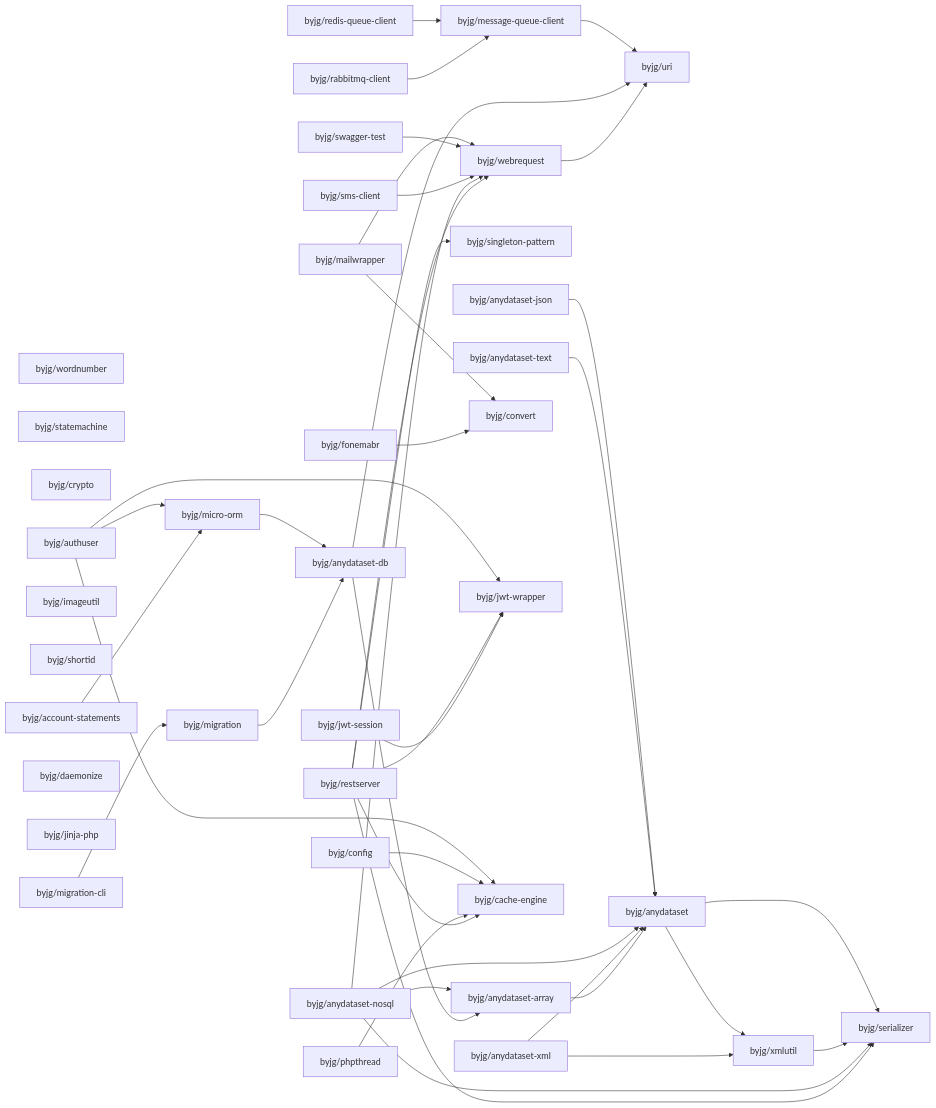
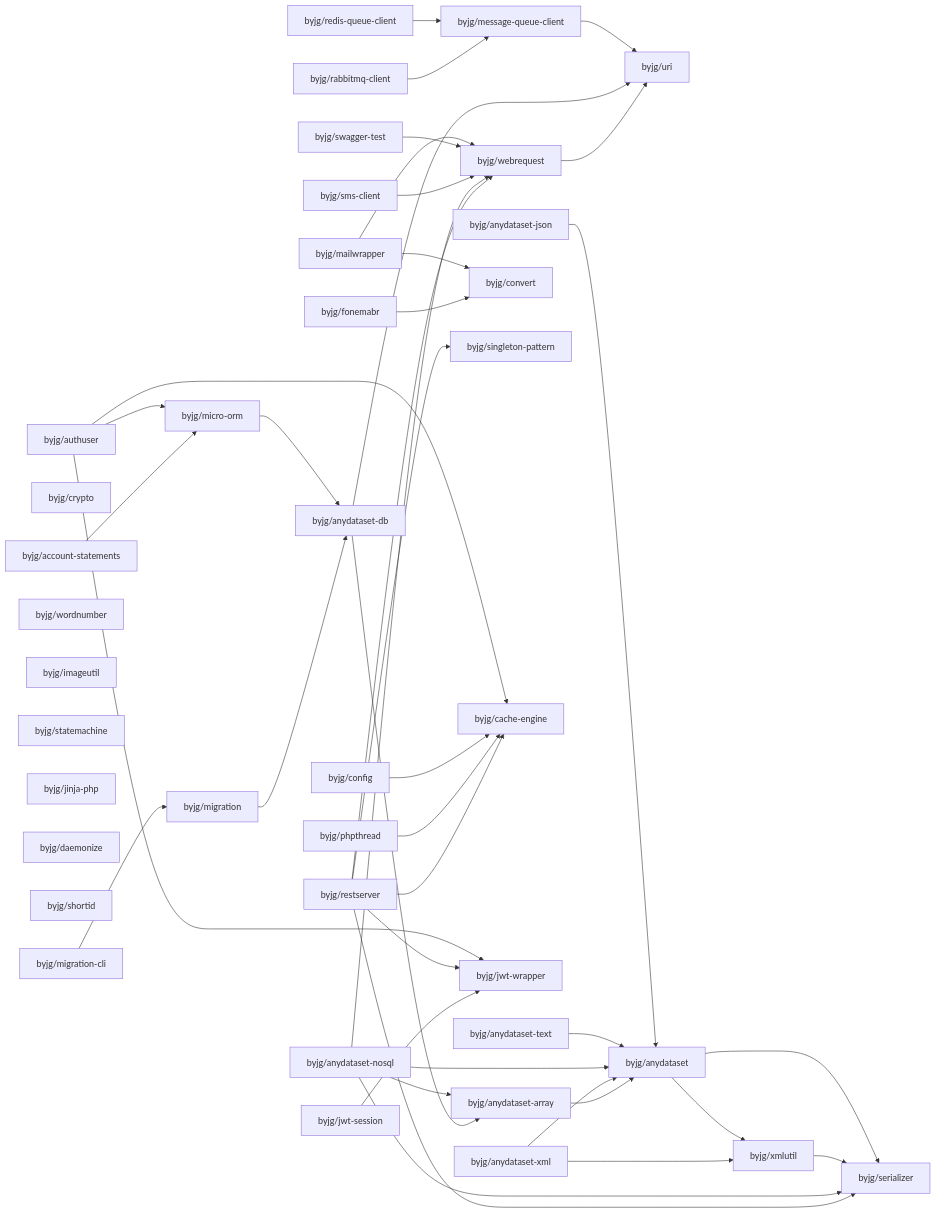
One commit to byjg/byjg.github.io changed the diagram in docs/php/README.md. Above: the diagram before and after it, drawn with Mermaid. The commit also changed other lines of this file and 1 other file, not shown here.

Commit message:
Update documentation 'php' 'php-webrequest'

````diff
--- a/docs/php/README.md
+++ b/docs/php/README.md
@@ -3,79 +3,79 @@
 ```mermaid
 graph LR;
-  byjg/anydataset-json;
-  byjg/jwt-session;
+  byjg/authuser;
+  byjg/crypto;
+  byjg/migration-cli;
   byjg/rabbitmq-client;
   byjg/wordnumber;
+  byjg/phpthread;
+  byjg/redis-queue-client;
+  byjg/anydataset-text;
   byjg/mailwrapper;
+  byjg/imageutil;
+  byjg/config;
+  byjg/sms-client;
+  byjg/fonemabr;
   byjg/statemachine;
-  byjg/crypto;
+  byjg/jinja-php;
+  byjg/daemonize;
+  byjg/shortid;
+  byjg/account-statements;
+  byjg/jwt-session;
+  byjg/anydataset-xml;
+  byjg/anydataset-json;
+  byjg/swagger-test;
   byjg/restserver;
-  byjg/anydataset-text;
-  byjg/anydataset-xml;
-  byjg/swagger-test;
-  byjg/account-statements;
-  byjg/phpthread;
-  byjg/sms-client;
-  byjg/redis-queue-client;
   byjg/anydataset-nosql;
-  byjg/fonemabr;
-  byjg/imageutil;
-  byjg/shortid;
-  byjg/authuser;
-  byjg/config;
-  byjg/daemonize;
-  byjg/jinja-php;
-  byjg/migration-cli;
-  byjg/singleton-pattern;
+  byjg/migration;
   byjg/message-queue-client;
-  byjg/webrequest;
   byjg/convert;
   byjg/micro-orm;
+  byjg/singleton-pattern;
+  byjg/cache-engine;
   byjg/jwt-wrapper;
-  byjg/cache-engine;
-  byjg/migration;
+  byjg/webrequest;
   byjg/anydataset-db;
   byjg/anydataset-array;
   byjg/uri;
   byjg/anydataset;
   byjg/xmlutil;
   byjg/serializer;
   byjg/account-statements --> byjg/micro-orm;
   byjg/fonemabr --> byjg/convert;
   byjg/webrequest --> byjg/uri;
   byjg/anydataset-array --> byjg/anydataset;
   byjg/anydataset-xml --> byjg/anydataset;
   byjg/anydataset-xml --> byjg/xmlutil;
   byjg/rabbitmq-client --> byjg/message-queue-client;
   byjg/redis-queue-client --> byjg/message-queue-client;
   byjg/jwt-session --> byjg/jwt-wrapper;
   byjg/anydataset-db --> byjg/anydataset-array;
   byjg/anydataset-db --> byjg/uri;
   byjg/restserver --> byjg/serializer;
   byjg/restserver --> byjg/singleton-pattern;
   byjg/restserver --> byjg/cache-engine;
   byjg/restserver --> byjg/webrequest;
   byjg/restserver --> byjg/jwt-wrapper;
   byjg/migration --> byjg/anydataset-db;
   byjg/anydataset-nosql --> byjg/anydataset;
   byjg/anydataset-nosql --> byjg/anydataset-array;
   byjg/anydataset-nosql --> byjg/serializer;
   byjg/anydataset-nosql --> byjg/webrequest;
   byjg/phpthread --> byjg/cache-engine;
   byjg/sms-client --> byjg/webrequest;
   byjg/swagger-test --> byjg/webrequest;
   byjg/migration-cli --> byjg/migration;
   byjg/config --> byjg/cache-engine;
   byjg/anydataset-text --> byjg/anydataset;
   byjg/micro-orm --> byjg/anydataset-db;
   byjg/authuser --> byjg/micro-orm;
   byjg/authuser --> byjg/cache-engine;
   byjg/authuser --> byjg/jwt-wrapper;
   byjg/anydataset-json --> byjg/anydataset;
   byjg/mailwrapper --> byjg/convert;
   byjg/mailwrapper --> byjg/webrequest;
   byjg/xmlutil --> byjg/serializer;
   byjg/anydataset --> byjg/serializer;
   byjg/anydataset --> byjg/xmlutil;
   byjg/message-queue-client --> byjg/uri;
 ```
````
